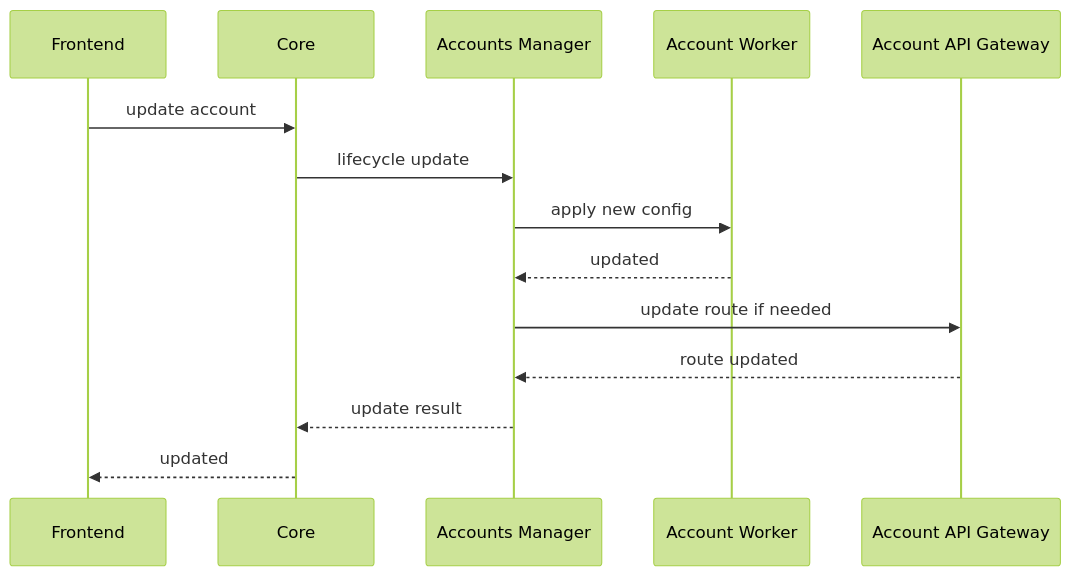
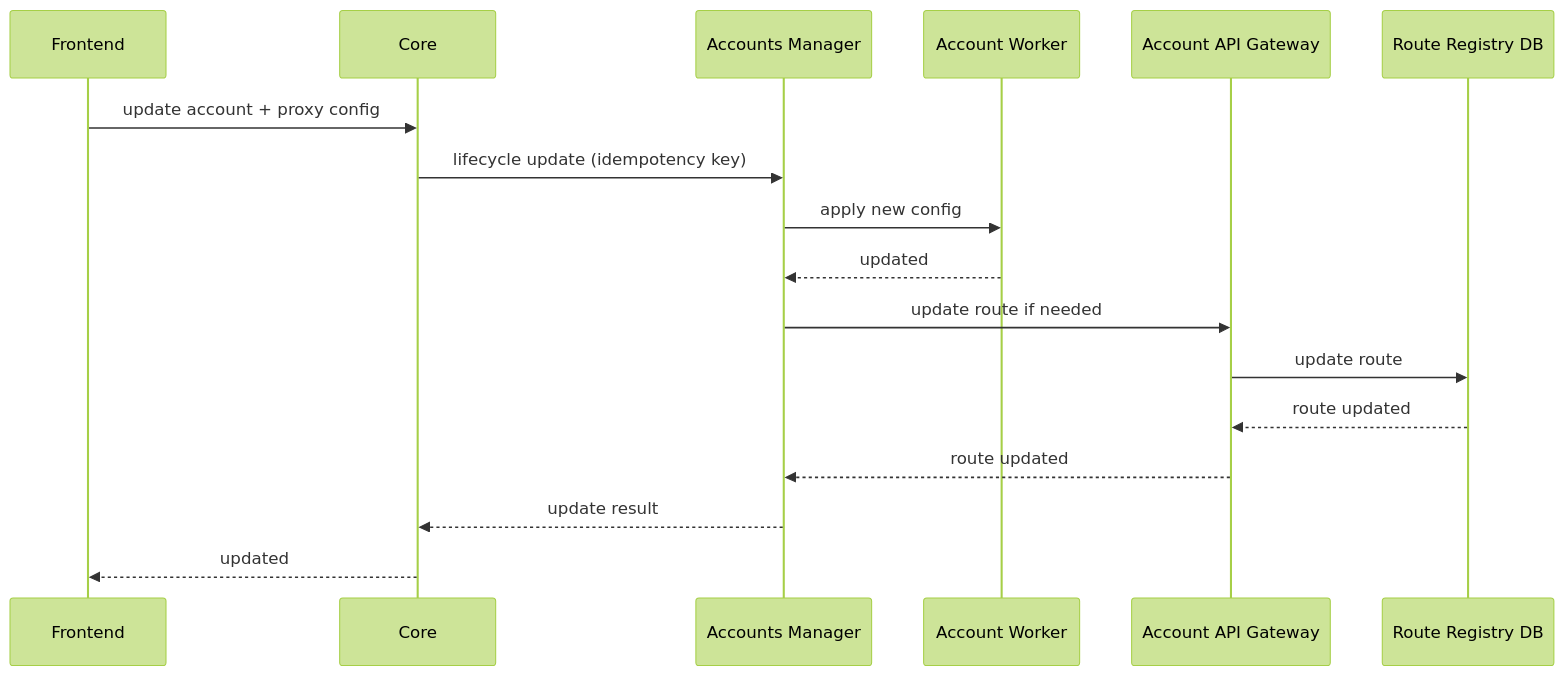
The second of 8 diagrams in docs/architecture_draft/09-data-flows.md (yakoodev/DigitalDealsCRM), drawn with Mermaid (forest theme) before and after one commit. The commit also changed other lines of this file and 34 other files, not shown here.

Commit message:
docs: consolidate architecture package and add OpenAPI governance

````diff
--- a/docs/architecture_draft/09-data-flows.md
+++ b/docs/architecture_draft/09-data-flows.md
@@ -28,17 +31,20 @@
 ```mermaid
 sequenceDiagram
     participant FE as Frontend
     participant CORE as Core
     participant AM as Accounts Manager
     participant W as Account Worker
     participant GATE as Account API Gateway
+    participant RDB as Route Registry DB
 
-    FE->>CORE: update account
-    CORE->>AM: lifecycle update
+    FE->>CORE: update account + proxy config
+    CORE->>AM: lifecycle update (idempotency key)
     AM->>W: apply new config
     W-->>AM: updated
     AM->>GATE: update route if needed
+    GATE->>RDB: update route
+    RDB-->>GATE: route updated
     GATE-->>AM: route updated
     AM-->>CORE: update result
     CORE-->>FE: updated
 ```
````
